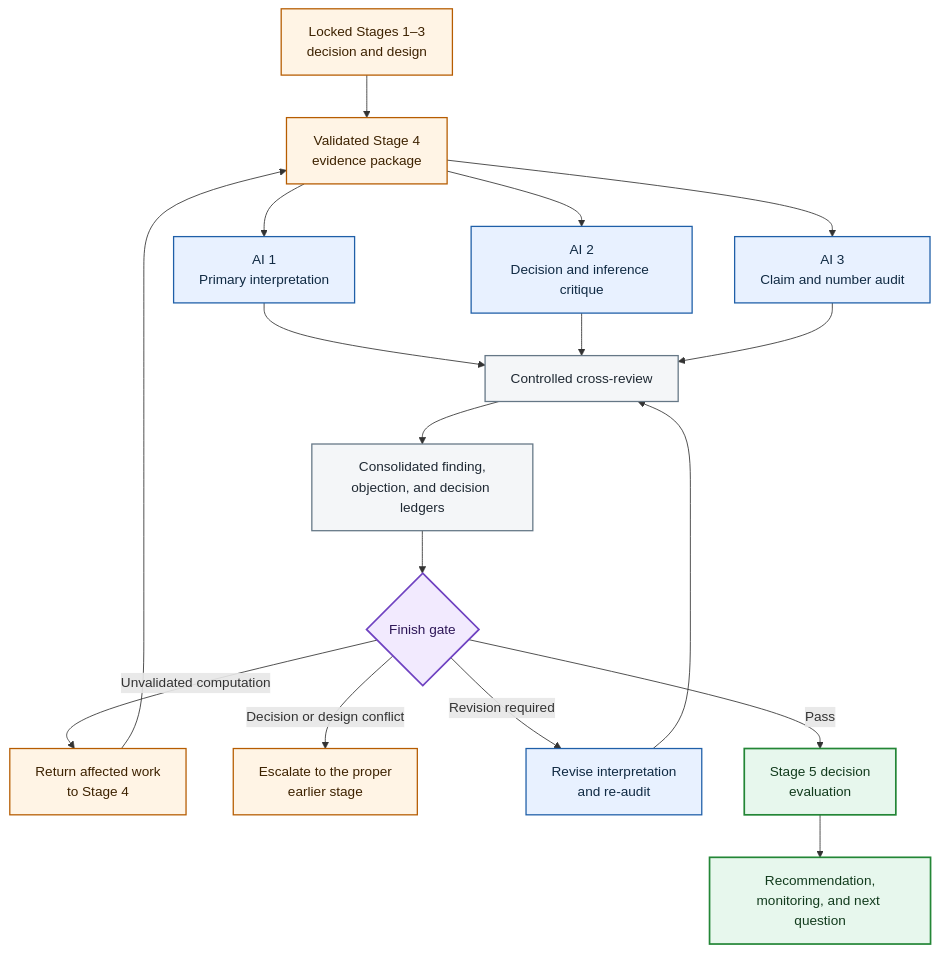
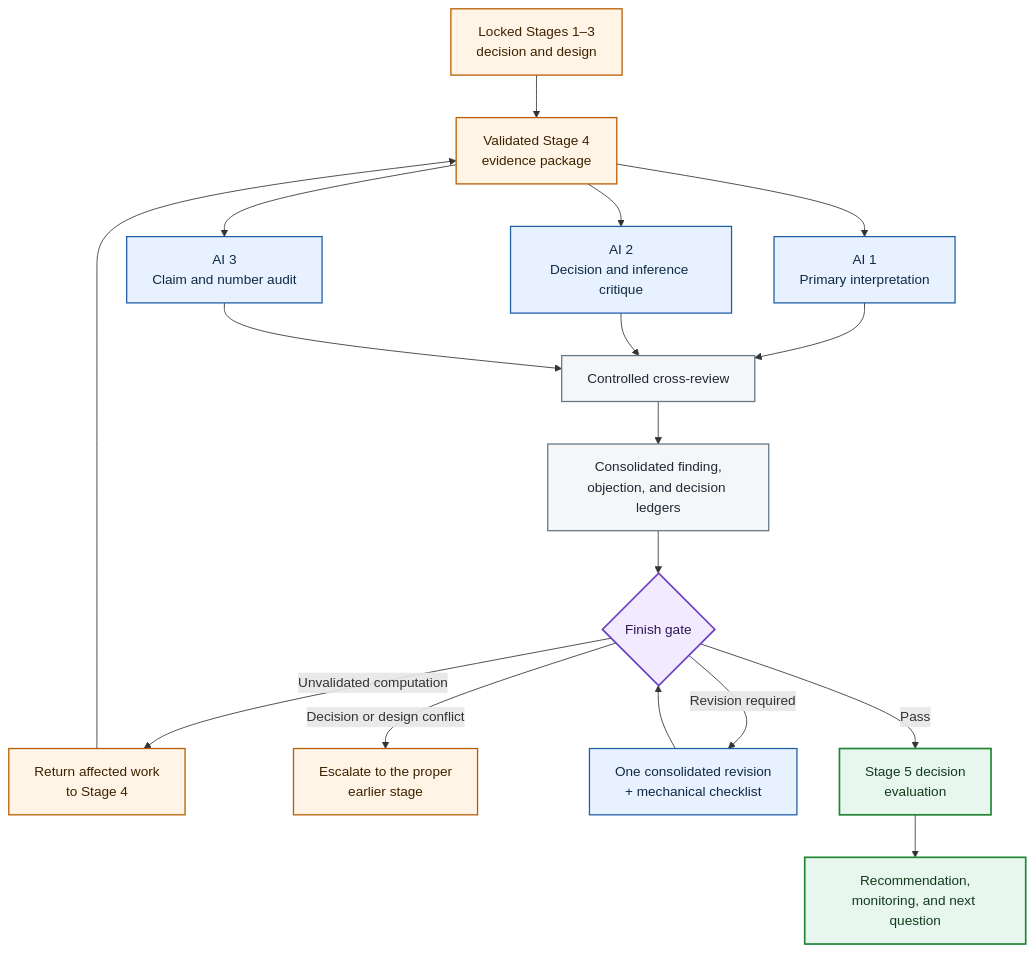
Before and after one commit to markjamesc/ai-augmented-analyst-workflow: the first of 2 diagrams in docs/three-ai-interpretation-and-recommendation-framework.md, drawn with Mermaid. The commit also changed other lines of this file, not shown here.

First line of the commit message:
C50 (KEEP): one consolidated revision pass replaces the revise / re-audit loop

````diff
--- a/docs/three-ai-interpretation-and-recommendation-framework.md
+++ b/docs/three-ai-interpretation-and-recommendation-framework.md
@@ -27,38 +27,38 @@
 ```mermaid
 flowchart TD
     H["Locked Stages 1–3<br/>decision and design"] --> P["Validated Stage 4<br/>evidence package"]
 
     P --> A1["AI 1<br/>Primary interpretation"]
     P --> A2["AI 2<br/>Decision and inference critique"]
     P --> A3["AI 3<br/>Claim and number audit"]
 
     A1 --> X["Controlled cross-review"]
     A2 --> X
     A3 --> X
 
     X --> I["Consolidated finding,<br/>objection, and decision ledgers"]
     I --> G{"Finish gate"}
 
     G -->|"Unvalidated computation"| E["Return affected work<br/>to Stage 4"]
     E --> P
 
     G -->|"Decision or design conflict"| U["Escalate to the proper<br/>earlier stage"]
 
-    G -->|"Revision required"| R["Revise interpretation<br/>and re-audit"]
-    R --> X
+    G -->|"Revision required"| R["One consolidated revision<br/>+ mechanical checklist"]
+    R --> G
 
     G -->|"Pass"| D["Stage 5 decision<br/>evaluation"]
     D --> O["Recommendation,<br/>monitoring, and next question"]
 
     classDef input fill:#fff4e5,stroke:#b65c00,color:#3d2200,stroke-width:1.5px
     classDef ai fill:#e8f1ff,stroke:#1f5fa8,color:#102a43,stroke-width:1.5px
     classDef record fill:#f4f6f8,stroke:#657786,color:#1f2933,stroke-width:1.5px
     classDef gate fill:#f2eafe,stroke:#6f42c1,color:#2d1657,stroke-width:2px
     classDef output fill:#e7f7ed,stroke:#238636,color:#123b1d,stroke-width:2px
 
     class H,P,E,U input
     class A1,A2,A3,R ai
     class X,I record
     class G gate
     class D,O output
 ```
````
